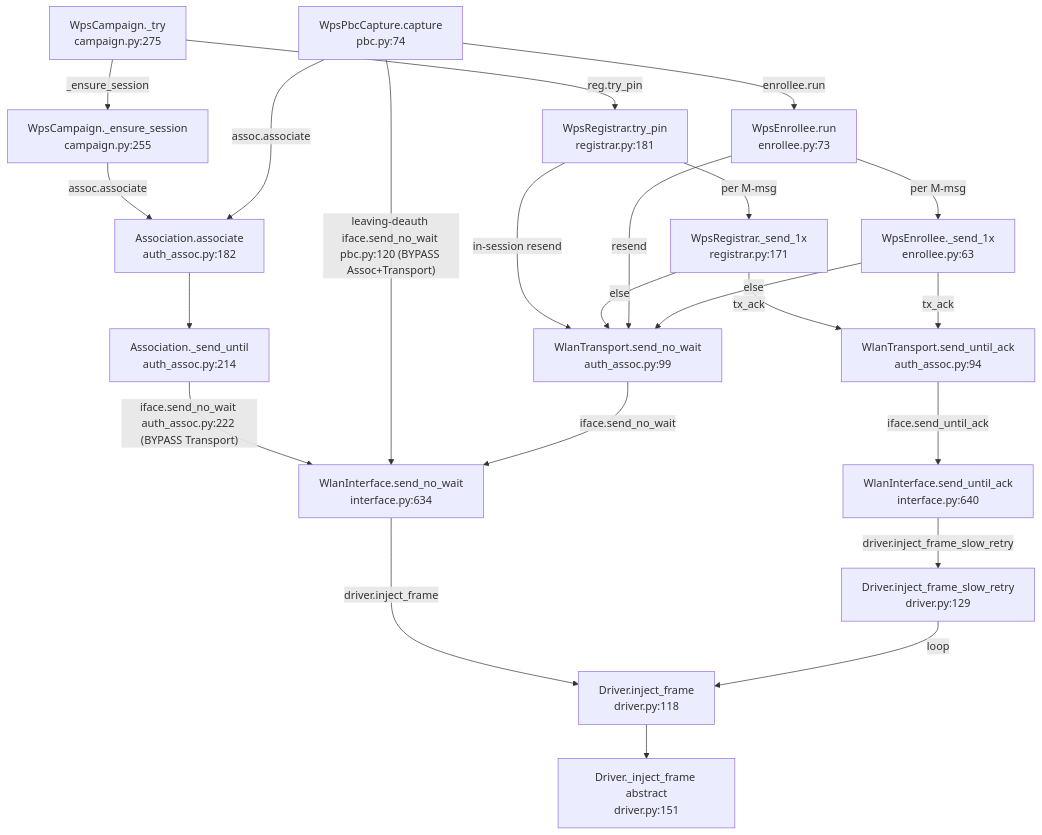
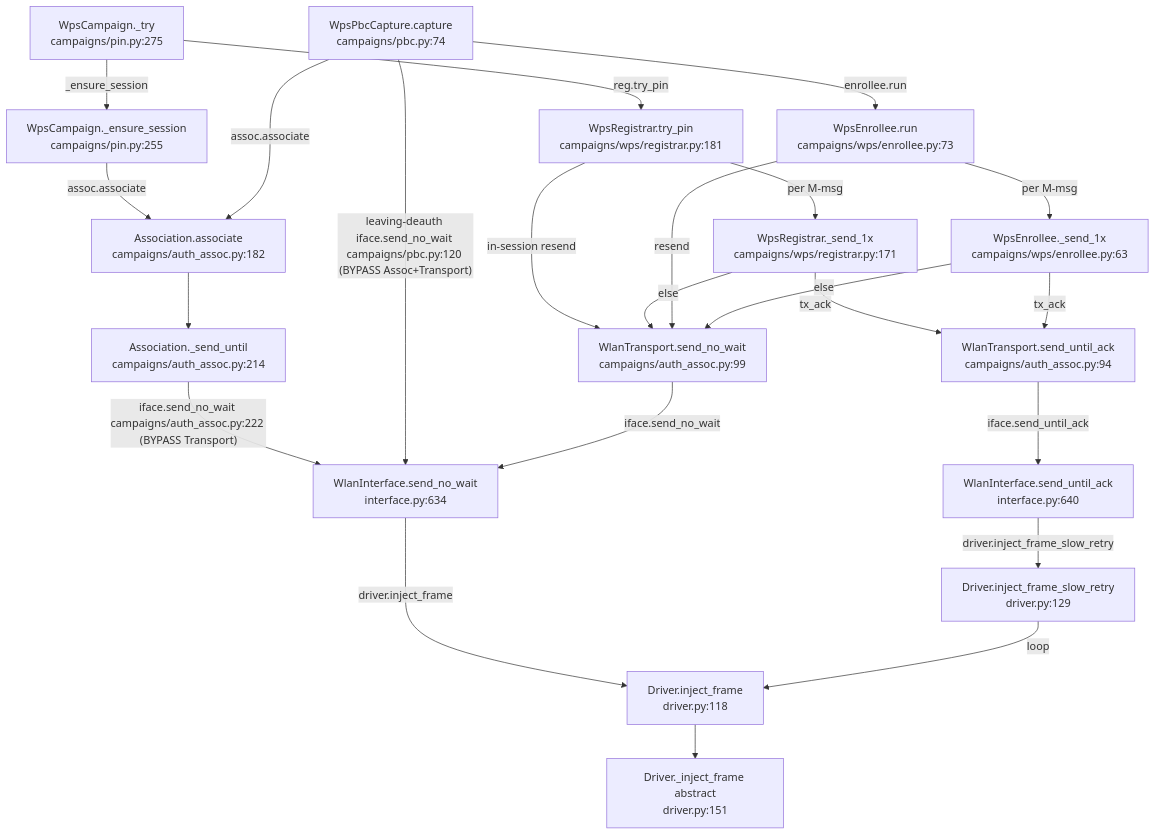
The second of 2 diagrams in planning/WPS-RECON.md (derv82/wifit3), drawn with Mermaid before and after one commit. The commit also changed other lines of this file and 15 other files, not shown here.

````diff
--- a/planning/WPS-RECON.md
+++ b/planning/WPS-RECON.md
@@ -112,42 +112,42 @@
 ```mermaid
 graph TD
-    A1["WpsCampaign._try<br/>campaign.py:275"]
-    A2["WpsCampaign._ensure_session<br/>campaign.py:255"]
-    P1["WpsPbcCapture.capture<br/>pbc.py:74"]
-    R1["WpsRegistrar.try_pin<br/>registrar.py:181"]
-    R2["WpsRegistrar._send_1x<br/>registrar.py:171"]
-    E1["WpsEnrollee.run<br/>enrollee.py:73"]
-    E2["WpsEnrollee._send_1x<br/>enrollee.py:63"]
-    AS1["Association.associate<br/>auth_assoc.py:182"]
-    AS2["Association._send_until<br/>auth_assoc.py:214"]
-    T1["WlanTransport.send_until_ack<br/>auth_assoc.py:94"]
-    T2["WlanTransport.send_no_wait<br/>auth_assoc.py:99"]
+    A1["WpsCampaign._try<br/>campaigns/pin.py:275"]
+    A2["WpsCampaign._ensure_session<br/>campaigns/pin.py:255"]
+    P1["WpsPbcCapture.capture<br/>campaigns/pbc.py:74"]
+    R1["WpsRegistrar.try_pin<br/>campaigns/wps/registrar.py:181"]
+    R2["WpsRegistrar._send_1x<br/>campaigns/wps/registrar.py:171"]
+    E1["WpsEnrollee.run<br/>campaigns/wps/enrollee.py:73"]
+    E2["WpsEnrollee._send_1x<br/>campaigns/wps/enrollee.py:63"]
+    AS1["Association.associate<br/>campaigns/auth_assoc.py:182"]
+    AS2["Association._send_until<br/>campaigns/auth_assoc.py:214"]
+    T1["WlanTransport.send_until_ack<br/>campaigns/auth_assoc.py:94"]
+    T2["WlanTransport.send_no_wait<br/>campaigns/auth_assoc.py:99"]
     I1["WlanInterface.send_until_ack<br/>interface.py:640"]
     I2["WlanInterface.send_no_wait<br/>interface.py:634"]
     D1["Driver.inject_frame_slow_retry<br/>driver.py:129"]
     D2["Driver.inject_frame<br/>driver.py:118"]
     D3["Driver._inject_frame abstract<br/>driver.py:151"]
 
     A1 -->|reg.try_pin| R1
     R1 -->|per M-msg| R2
     R1 -->|in-session resend| T2
     R2 -->|tx_ack| T1
     R2 -->|else| T2
     A1 -->|_ensure_session| A2
     A2 -->|assoc.associate| AS1
     P1 -->|assoc.associate| AS1
     AS1 --> AS2
-    AS2 -->|"iface.send_no_wait auth_assoc.py:222 (BYPASS Transport)"| I2
+    AS2 -->|"iface.send_no_wait campaigns/auth_assoc.py:222 (BYPASS Transport)"| I2
     P1 -->|enrollee.run| E1
     E1 -->|per M-msg| E2
     E1 -->|resend| T2
     E2 -->|tx_ack| T1
     E2 -->|else| T2
-    P1 -->|"leaving-deauth iface.send_no_wait pbc.py:120 (BYPASS Assoc+Transport)"| I2
+    P1 -->|"leaving-deauth iface.send_no_wait campaigns/pbc.py:120 (BYPASS Assoc+Transport)"| I2
     T1 -->|iface.send_until_ack| I1
     T2 -->|iface.send_no_wait| I2
     I1 -->|driver.inject_frame_slow_retry| D1
     I2 -->|driver.inject_frame| D2
     D1 -->|loop| D2
     D2 --> D3
 ```
````
